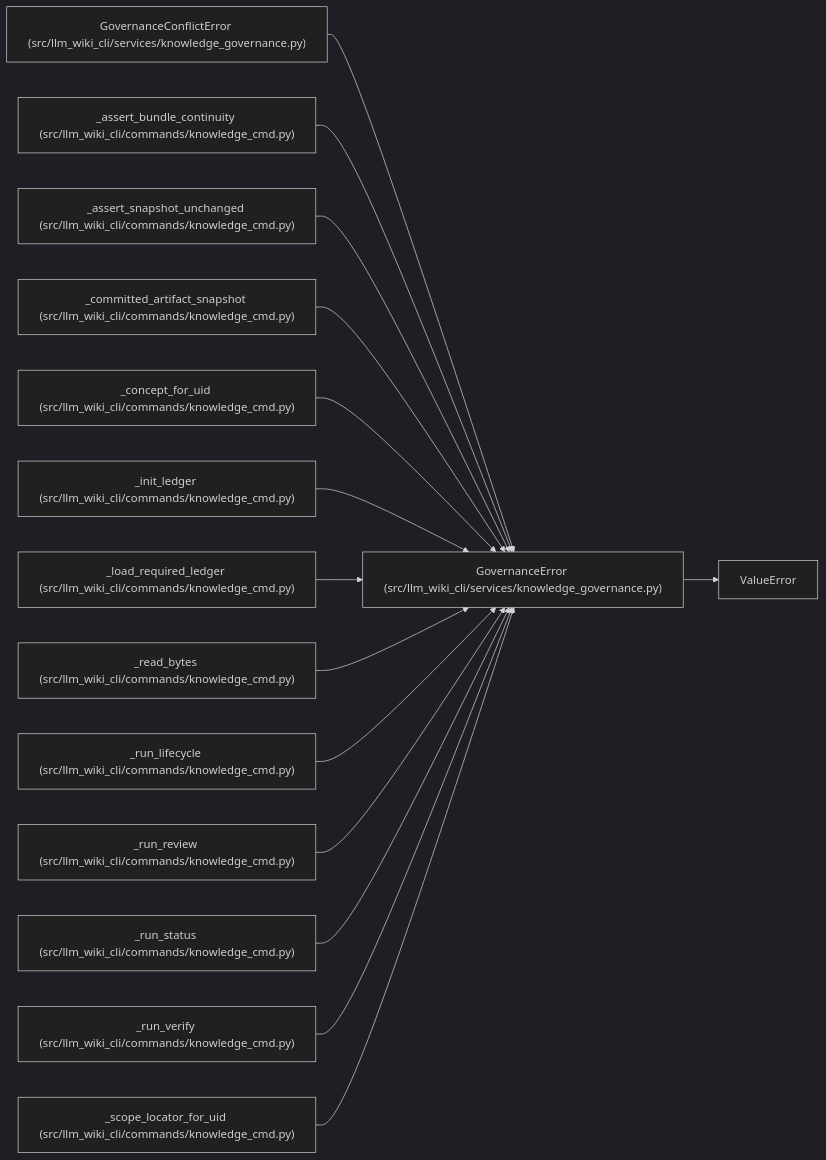
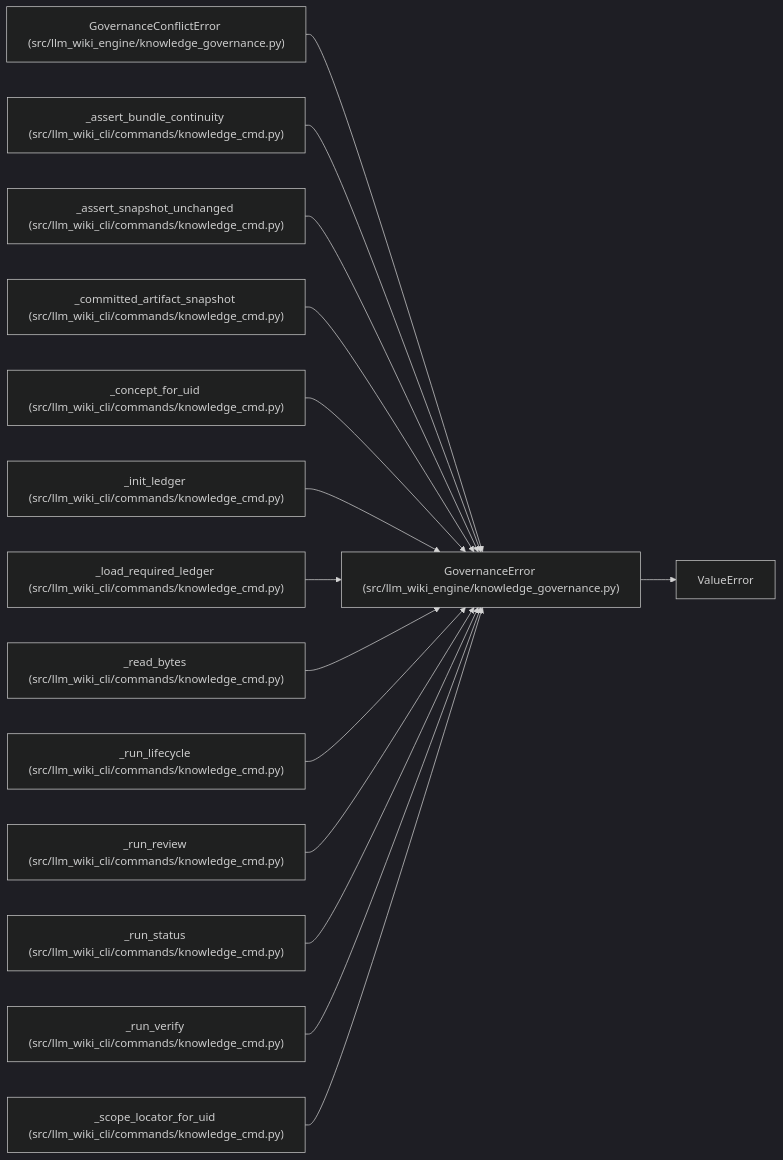
Before and after one commit to Denissvgn/python-wiki-llm: the diagram in docs/llm_wiki/entities/GovernanceError.md, drawn with Mermaid (dark theme). The commit also changed other lines of this file and 1058 other files, not shown here.

First line of the commit message:
docs: refresh the wiki for the knowledge store move

````diff
--- a/docs/llm_wiki/entities/GovernanceError.md
+++ b/docs/llm_wiki/entities/GovernanceError.md
@@ -25,46 +25,46 @@
 ```mermaid
 flowchart LR
-    n0["GovernanceError (src/llm_wiki_cli/services/knowledge_governance.py)"]
+    n0["GovernanceError (src/llm_wiki_engine/knowledge_governance.py)"]
     n1["ValueError"]
-    n2["GovernanceConflictError (src/llm_wiki_cli/services/knowledge_governance.py)"]
+    n2["GovernanceConflictError (src/llm_wiki_engine/knowledge_governance.py)"]
     n3["_assert_bundle_continuity (src/llm_wiki_cli/commands/knowledge_cmd.py)"]
     n4["_assert_snapshot_unchanged (src/llm_wiki_cli/commands/knowledge_cmd.py)"]
     n5["_committed_artifact_snapshot (src/llm_wiki_cli/commands/knowledge_cmd.py)"]
     n6["_concept_for_uid (src/llm_wiki_cli/commands/knowledge_cmd.py)"]
     n7["_init_ledger (src/llm_wiki_cli/commands/knowledge_cmd.py)"]
     n8["_load_required_ledger (src/llm_wiki_cli/commands/knowledge_cmd.py)"]
     n9["_read_bytes (src/llm_wiki_cli/commands/knowledge_cmd.py)"]
     n10["_run_lifecycle (src/llm_wiki_cli/commands/knowledge_cmd.py)"]
     n11["_run_review (src/llm_wiki_cli/commands/knowledge_cmd.py)"]
     n12["_run_status (src/llm_wiki_cli/commands/knowledge_cmd.py)"]
     n13["_run_verify (src/llm_wiki_cli/commands/knowledge_cmd.py)"]
     n14["_scope_locator_for_uid (src/llm_wiki_cli/commands/knowledge_cmd.py)"]
     n0 --> n1
     n2 --> n0
     n3 --> n0
     n4 --> n0
     n5 --> n0
     n6 --> n0
     n7 --> n0
     n8 --> n0
     n9 --> n0
     n10 --> n0
     n11 --> n0
     n12 --> n0
     n13 --> n0
     n14 --> n0
     click n0 "../modules/knowledge_governance.md"
     click n2 "../modules/knowledge_governance.md"
     click n3 "../modules/knowledge_cmd.md"
     click n4 "../modules/knowledge_cmd.md"
     click n5 "../modules/knowledge_cmd.md"
     click n6 "../modules/knowledge_cmd.md"
     click n7 "../modules/knowledge_cmd.md"
     click n8 "../modules/knowledge_cmd.md"
     click n9 "../modules/knowledge_cmd.md"
     click n10 "../modules/knowledge_cmd.md"
     click n11 "../modules/knowledge_cmd.md"
     click n12 "../modules/knowledge_cmd.md"
     click n13 "../modules/knowledge_cmd.md"
     click n14 "../modules/knowledge_cmd.md"
 ```
````
